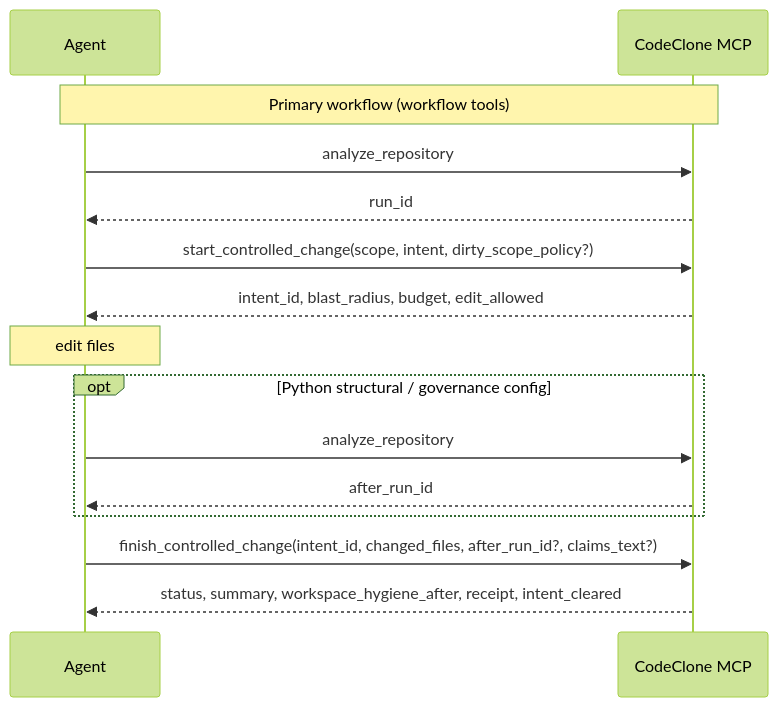
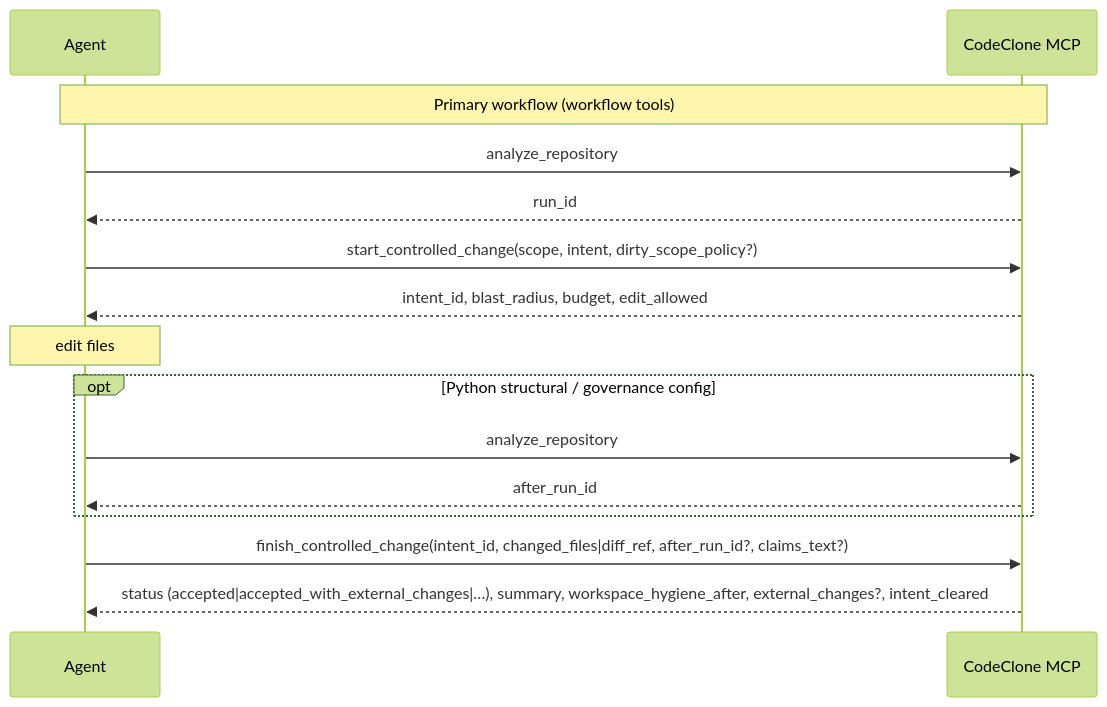
Before and after one commit to orenlab/codeclone: the sixth of 6 diagrams in docs/mcp.md, drawn with Mermaid (forest theme). The commit also changed other lines of this file and 22 other files, not shown here.

First line of the commit message:
docs: fix MkDocs admonitions and document finish hygiene

````diff
--- a/docs/mcp.md
+++ b/docs/mcp.md
@@ -537,17 +542,17 @@
 ```mermaid
 sequenceDiagram
     participant Agent
     participant MCP as CodeClone MCP
     Note over Agent, MCP: Primary workflow (workflow tools)
     Agent ->> MCP: analyze_repository
     MCP -->> Agent: run_id
     Agent ->> MCP: start_controlled_change(scope, intent, dirty_scope_policy?)
     MCP -->> Agent: intent_id, blast_radius, budget, edit_allowed
     Note over Agent: edit files
     opt Python structural / governance config
         Agent ->> MCP: analyze_repository
         MCP -->> Agent: after_run_id
     end
-    Agent ->> MCP: finish_controlled_change(intent_id, changed_files, after_run_id?, claims_text?)
-    MCP -->> Agent: status, summary, workspace_hygiene_after, receipt, intent_cleared
+    Agent ->> MCP: finish_controlled_change(intent_id, changed_files|diff_ref, after_run_id?, claims_text?)
+    MCP -->> Agent: status (accepted|accepted_with_external_changes|…), summary, workspace_hygiene_after, external_changes?, intent_cleared
 ```
````
